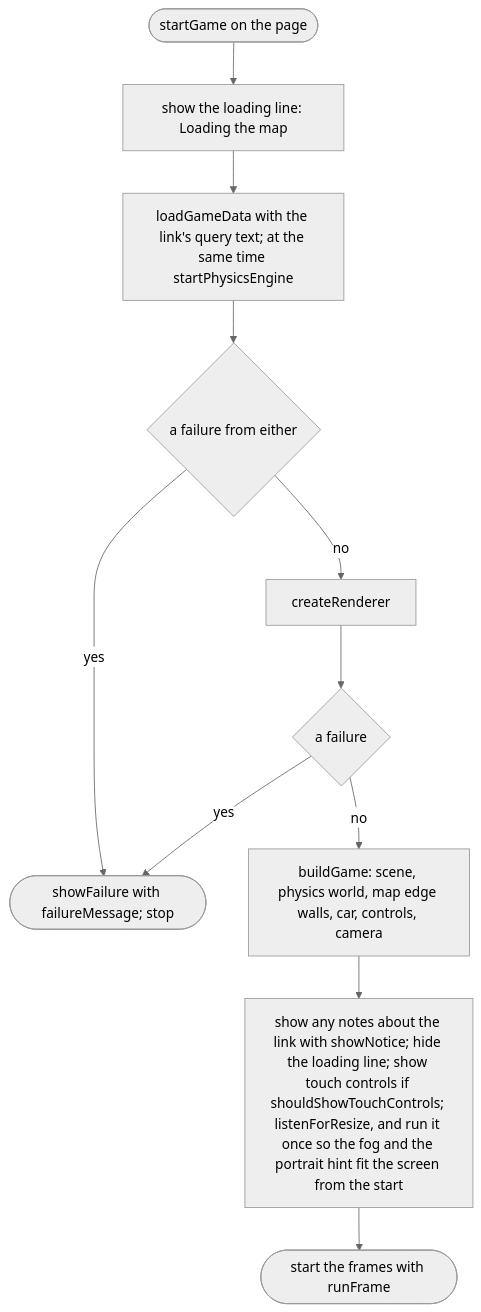
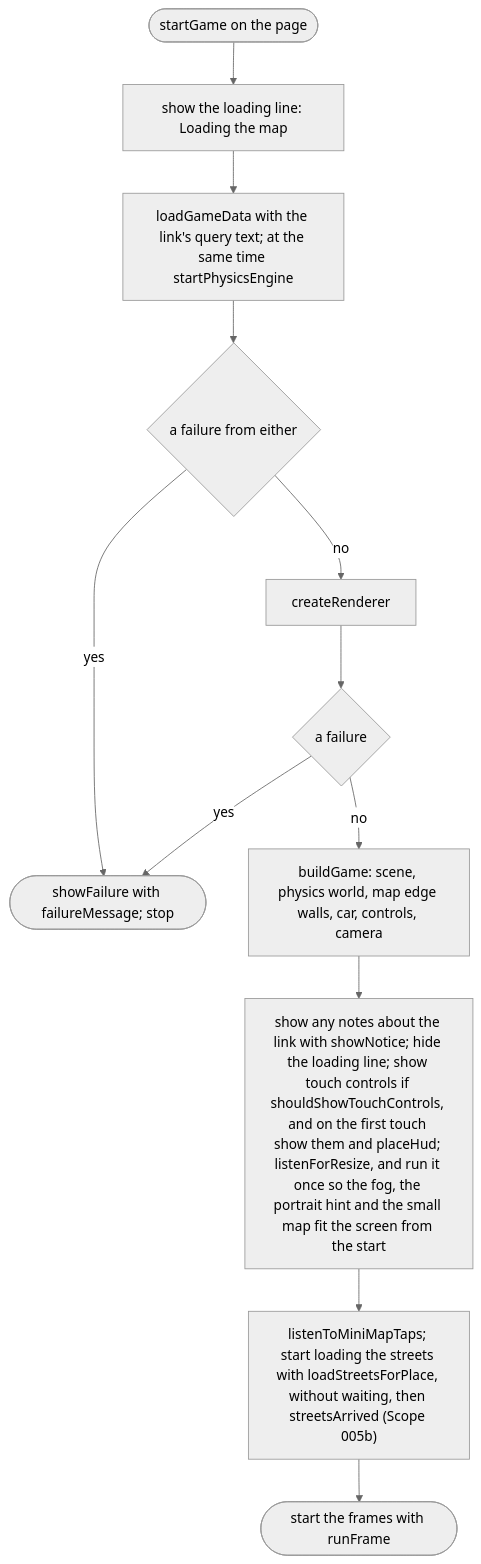
One commit to NewDara-Star/world-engine changed the first of 6 diagrams in docs/designs/src/game/main.md. Above: the diagram before and after it, drawn with Mermaid (neutral theme). The commit also changed other lines of this file and 58 other files, not shown here.

First line of the commit message:
Slice 1b: the street you are on, and a small map

````diff
--- a/docs/designs/src/game/main.md
+++ b/docs/designs/src/game/main.md
@@ -15,18 +15,19 @@
 ```mermaid
 flowchart TD
   s(["startGame on the page"])
   a["show the loading line: Loading the map"]
   b["loadGameData with the link's query text; at the same time startPhysicsEngine"]
   c{"a failure from either"}
   d(["showFailure with failureMessage; stop"])
   e["createRenderer"]
   f{"a failure"}
   g["buildGame: scene, physics world, map edge walls, car, controls, camera"]
-  h["show any notes about the link with showNotice; hide the loading line; show touch controls if shouldShowTouchControls; listenForResize, and run it once so the fog and the portrait hint fit the screen from the start"]
+  h["show any notes about the link with showNotice; hide the loading line; show touch controls if shouldShowTouchControls, and on the first touch show them and placeHud; listenForResize, and run it once so the fog, the portrait hint and the small map fit the screen from the start"]
+  j["listenToMiniMapTaps; start loading the streets with loadStreetsForPlace, without waiting, then streetsArrived (Scope 005b)"]
   i(["start the frames with runFrame"])
   s --> a --> b --> c
   c -->|"yes"| d
   c -->|"no"| e --> f
   f -->|"yes"| d
-  f -->|"no"| g --> h --> i
+  f -->|"no"| g --> h --> j --> i
 ```
````
